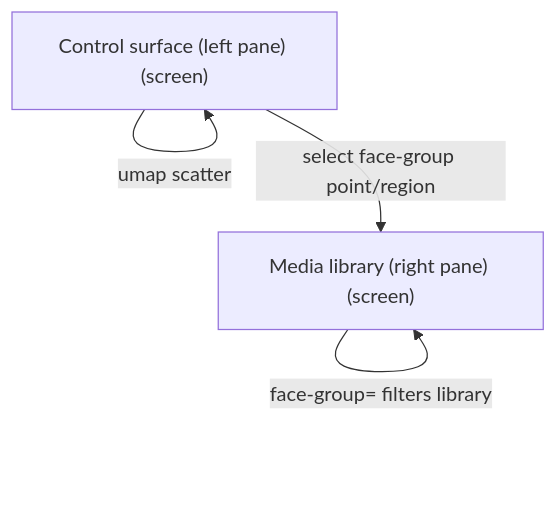
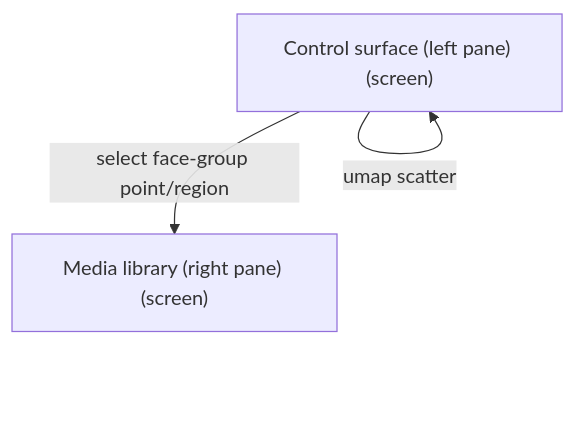
One commit to darce/context-alt-text-monorepo changed the third of 5 diagrams in apps/prototype-wp-alt-context/docs/ux-maps/workbench-2pane.md. Above: the diagram before and after it, drawn with Mermaid. The commit also changed other lines of this file and 2 other files, not shown here.

Commit message:
docs(WBUX-6): workbench-2pane uxmap — single Describe primary + recognition disclosure, retention hosted in Settings, schema-valid states; critique 0 findings

````diff
--- a/apps/prototype-wp-alt-context/docs/ux-maps/workbench-2pane.md
+++ b/apps/prototype-wp-alt-context/docs/ux-maps/workbench-2pane.md
@@ -290,9 +200,8 @@
 ```mermaid
 flowchart TD
   %% flow: UMAP scatter -> select face group -> right library filters to face-group media job=job-cluster-recognize
   n_workbench_control["Control surface (left pane) (screen)"]
   n_workbench_control -->|umap scatter| n_workbench_control
   n_workbench_library["Media library (right pane) (screen)"]
   n_workbench_control -->|select face-group point/region| n_workbench_library
-  n_workbench_library -->|face-group= filters library| n_workbench_library
 ```
````
